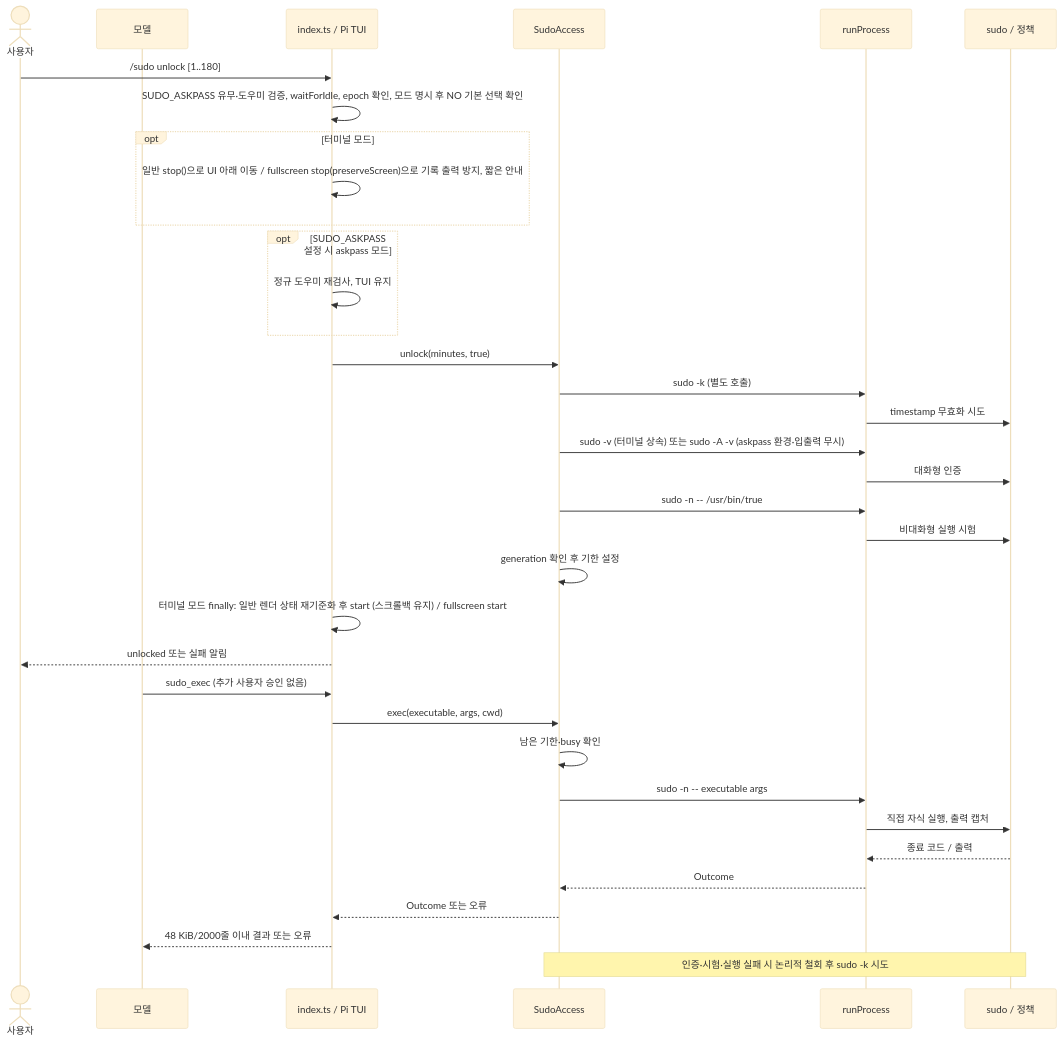
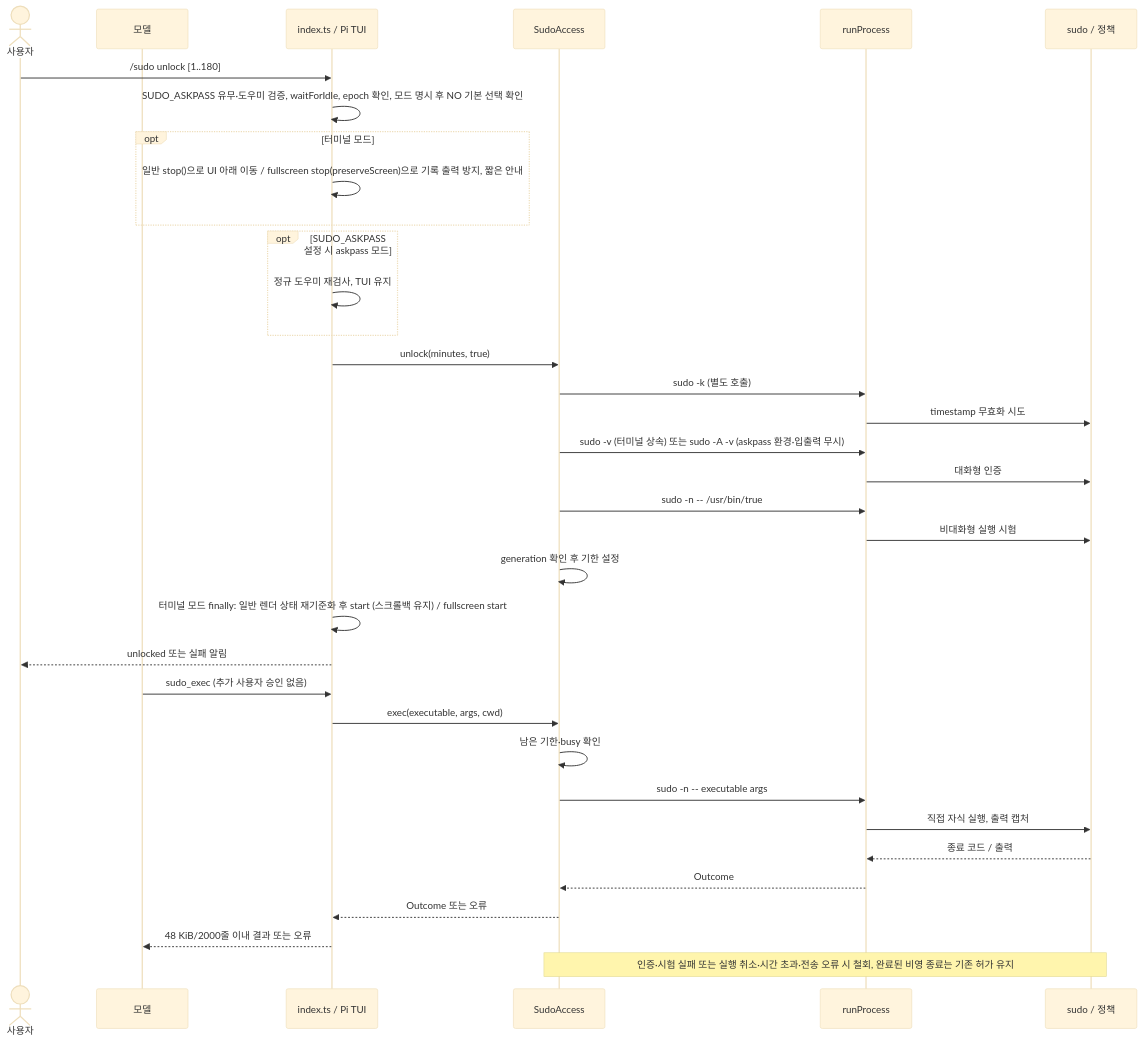
The diagram in docs/diagram/auth-exec.mmd (spi-ca/pi-sudo), drawn with Mermaid (base theme) before and after one commit. The commit also changed 18 other files, not shown here.

```diff
--- a/docs/diagram/auth-exec.mmd
+++ b/docs/diagram/auth-exec.mmd
@@ -1,35 +1,35 @@
 sequenceDiagram
     actor User as 사용자
     participant Model as 모델
     participant Entry as index.ts / Pi TUI
     participant Access as SudoAccess
     participant Proc as runProcess
     participant OS as sudo / 정책
     User->>Entry: /sudo unlock [1..180]
     Entry->>Entry: SUDO_ASKPASS 유무·도우미 검증, waitForIdle, epoch 확인, 모드 명시 후 NO 기본 선택 확인
     opt 터미널 모드
         Entry->>Entry: 일반 stop()으로 UI 아래 이동 / fullscreen stop(preserveScreen)으로 기록 출력 방지, 짧은 안내
     end
     opt SUDO_ASKPASS 설정 시 askpass 모드
         Entry->>Entry: 정규 도우미 재검사, TUI 유지
     end
     Entry->>Access: unlock(minutes, true)
     Access->>Proc: sudo -k (별도 호출)
     Proc->>OS: timestamp 무효화 시도
     Access->>Proc: sudo -v (터미널 상속) 또는 sudo -A -v (askpass 환경·입출력 무시)
     Proc->>OS: 대화형 인증
     Access->>Proc: sudo -n -- /usr/bin/true
     Proc->>OS: 비대화형 실행 시험
     Access->>Access: generation 확인 후 기한 설정
     Entry->>Entry: 터미널 모드 finally: 일반 렌더 상태 재기준화 후 start (스크롤백 유지) / fullscreen start
     Entry-->>User: unlocked 또는 실패 알림
     Model->>Entry: sudo_exec (추가 사용자 승인 없음)
     Entry->>Access: exec(executable, args, cwd)
     Access->>Access: 남은 기한·busy 확인
     Access->>Proc: sudo -n -- executable args
     Proc->>OS: 직접 자식 실행, 출력 캡처
     OS-->>Proc: 종료 코드 / 출력
     Proc-->>Access: Outcome
     Access-->>Entry: Outcome 또는 오류
     Entry-->>Model: 48 KiB/2000줄 이내 결과 또는 오류
-    Note over Access,OS: 인증·시험·실행 실패 시 논리적 철회 후 sudo -k 시도
+    Note over Access,OS: 인증·시험 실패 또는 실행 취소·시간 초과·전송 오류 시 철회, 완료된 비영 종료는 기존 허가 유지
```
